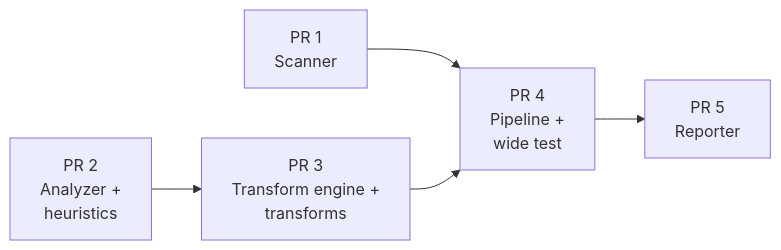
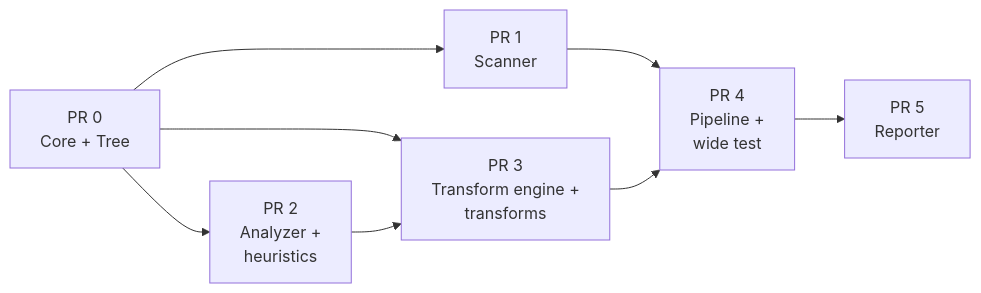
The third of 3 diagrams in design-docs/001-vitestify.md (testmex/testmex), drawn with Mermaid before and after one commit. The commit also changed other lines of this file, not shown here.

````diff
--- a/design-docs/001-vitestify.md
+++ b/design-docs/001-vitestify.md
@@ -269,13 +331,17 @@
 ```mermaid
 flowchart LR
+    PR0["PR 0<br>Core + Tree"]
     PR1["PR 1<br>Scanner"]
     PR2["PR 2<br>Analyzer +<br>heuristics"]
     PR3["PR 3<br>Transform engine +<br>transforms"]
     PR4["PR 4<br>Pipeline +<br>wide test"]
     PR5["PR 5<br>Reporter"]
 
+    PR0 --> PR1
+    PR0 --> PR2
+    PR0 --> PR3
     PR1 --> PR4
     PR2 --> PR3
     PR3 --> PR4
     PR4 --> PR5
 ```
````
